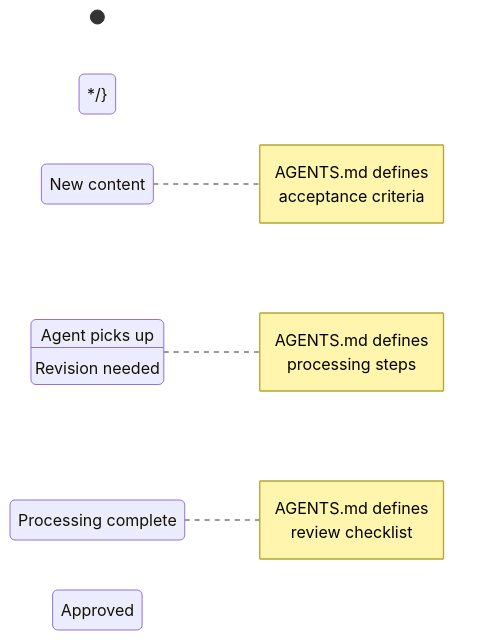
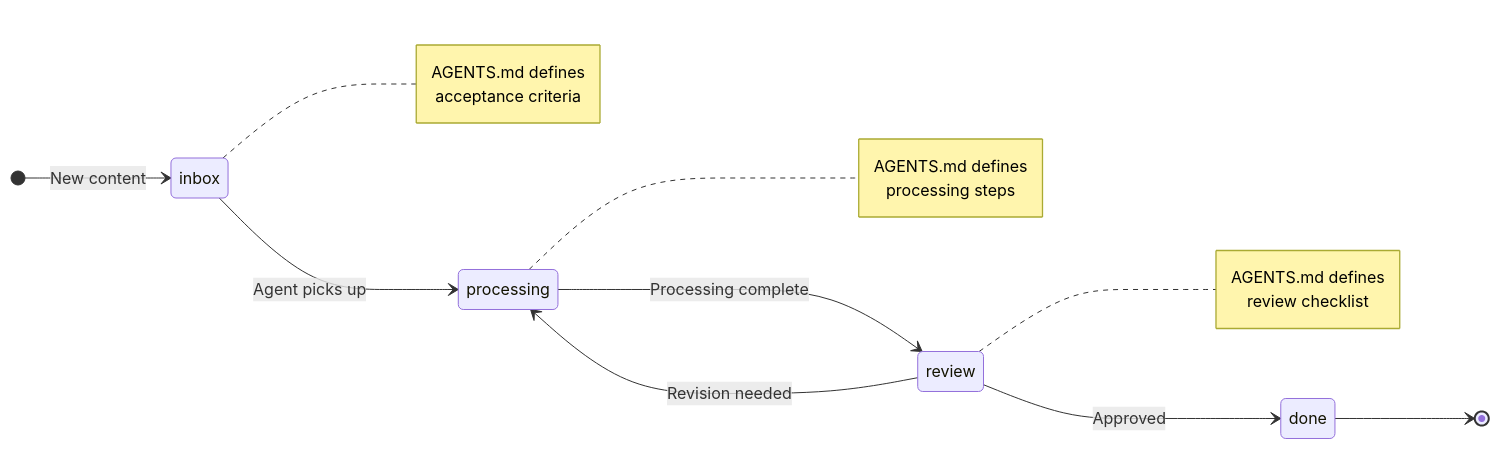
Before and after one commit to aDNA-Network/aDNA.aDNA: the sixth of 9 diagrams in site/src/content/reference/specification.mdx, drawn with Mermaid. The commit also changed other lines of this file and 30 other files, not shown here.

````diff
--- a/site/src/content/reference/specification.mdx
+++ b/site/src/content/reference/specification.mdx
@@ -1017,14 +1017,14 @@
 ```mermaid
 stateDiagram-v2
     direction LR
-    [*] */} inbox: New content
-    inbox */} processing: Agent picks up
-    processing */} review: Processing complete
-    review */} done: Approved
-    review */} processing: Revision needed
-    done */} [*]
+    [*] --> inbox: New content
+    inbox --> processing: Agent picks up
+    processing --> review: Processing complete
+    review --> done: Approved
+    review --> processing: Revision needed
+    done --> [*]
 
     note right of inbox: AGENTS.md defines<br/>acceptance criteria
     note right of processing: AGENTS.md defines<br/>processing steps
     note right of review: AGENTS.md defines<br/>review checklist
 ```
````
